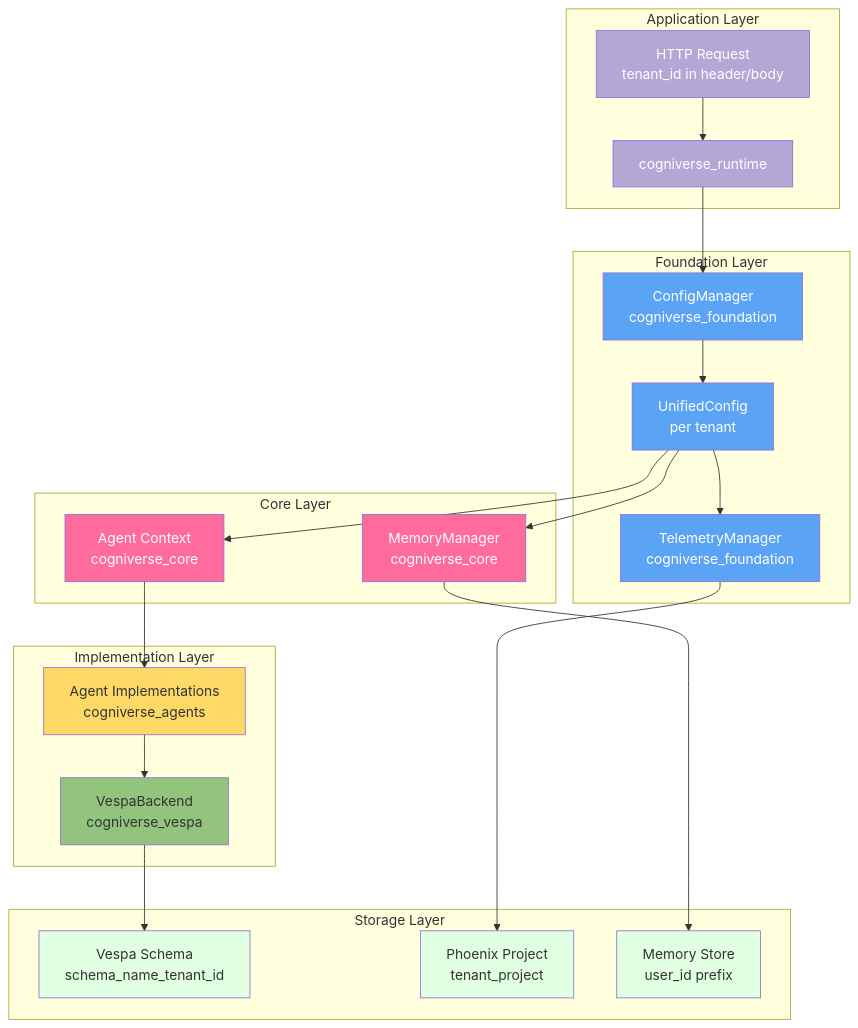
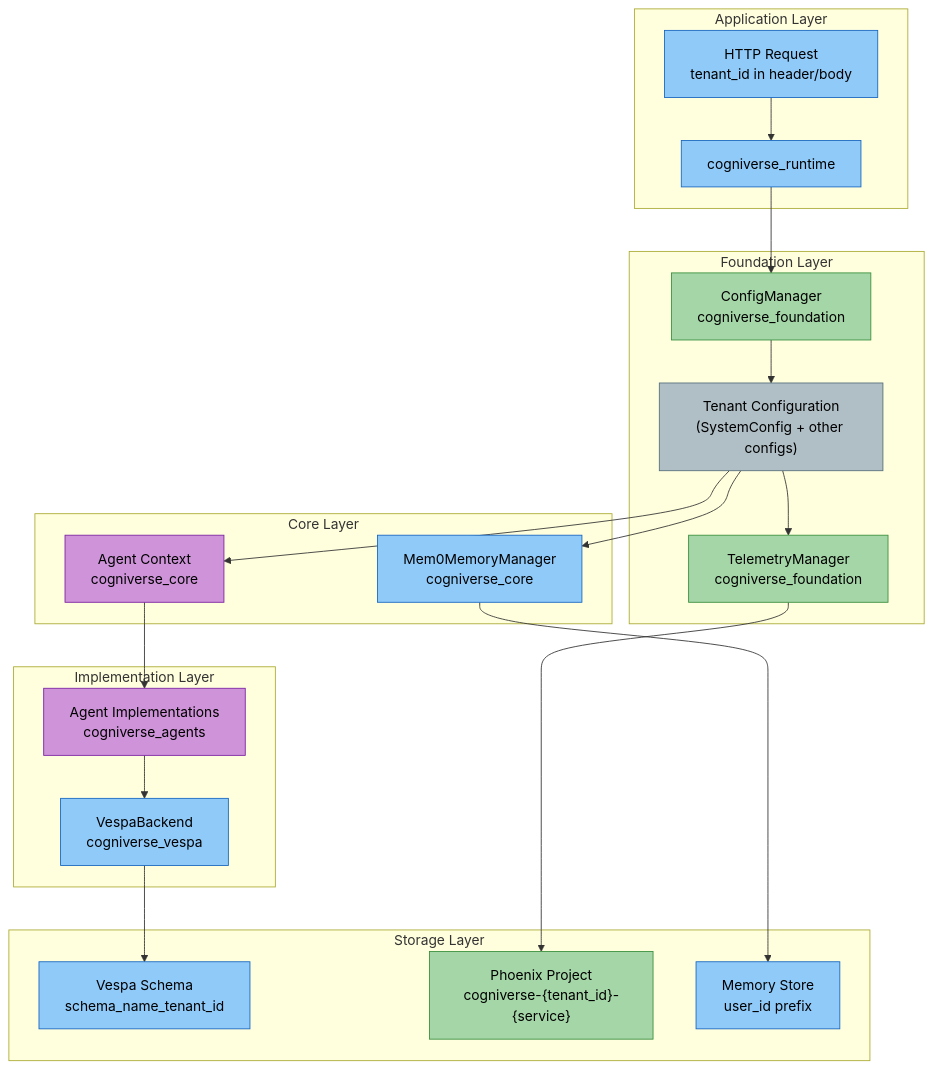
The second of 19 diagrams in docs/diagrams/multi-tenant-diagrams.md (amit-jain/cogniverse), drawn with Mermaid before and after one commit. The commit also changed other lines of this file and 83 other files, not shown here.

First line of the commit message:
Fix documentation veracity, formatting, and diagrams across all modules

````diff
--- a/docs/diagrams/multi-tenant-diagrams.md
+++ b/docs/diagrams/multi-tenant-diagrams.md
@@ -91,54 +99,54 @@
 ```mermaid
-graph TB
+flowchart TB
     subgraph "Application Layer"
-        Request[HTTP Request<br/>tenant_id in header/body]
-        Runtime[cogniverse_runtime]
+        Request["<span style='color:#000'>HTTP Request<br/>tenant_id in header/body</span>"]
+        Runtime["<span style='color:#000'>cogniverse_runtime</span>"]
     end
 
     subgraph "Foundation Layer"
-        ConfigMgr[ConfigManager<br/>cogniverse_foundation]
-        TenantConfig[UnifiedConfig<br/>per tenant]
-        TelemetryBase[TelemetryManager<br/>cogniverse_foundation]
+        ConfigMgr["<span style='color:#000'>ConfigManager<br/>cogniverse_foundation</span>"]
+        TenantConfig["<span style='color:#000'>Tenant Configuration<br/>(SystemConfig + other configs)</span>"]
+        TelemetryBase["<span style='color:#000'>TelemetryManager<br/>cogniverse_foundation</span>"]
     end
 
     subgraph "Core Layer"
-        Agent[Agent Context<br/>cogniverse_core]
-        Memory[MemoryManager<br/>cogniverse_core]
+        Agent["<span style='color:#000'>Agent Context<br/>cogniverse_core</span>"]
+        Memory["<span style='color:#000'>Mem0MemoryManager<br/>cogniverse_core</span>"]
     end
 
     subgraph "Implementation Layer"
-        VespaBackend[VespaBackend<br/>cogniverse_vespa]
-        AgentImpl[Agent Implementations<br/>cogniverse_agents]
+        VespaBackend["<span style='color:#000'>VespaBackend<br/>cogniverse_vespa</span>"]
+        AgentImpl["<span style='color:#000'>Agent Implementations<br/>cogniverse_agents</span>"]
     end
 
     subgraph "Storage Layer"
-        VespaSchema[Vespa Schema<br/>schema_name_tenant_id]
-        PhoenixProject[Phoenix Project<br/>tenant_project]
-        MemoryStore[Memory Store<br/>user_id prefix]
+        VespaSchema["<span style='color:#000'>Vespa Schema<br/>schema_name_tenant_id</span>"]
+        PhoenixProject["<span style='color:#000'>Phoenix Project<br/>cogniverse-{tenant_id}-{service}</span>"]
+        MemoryStore["<span style='color:#000'>Memory Store<br/>user_id prefix</span>"]
     end
 
     Request --> Runtime
     Runtime --> ConfigMgr
     ConfigMgr --> TenantConfig
     TenantConfig --> Agent
     TenantConfig --> TelemetryBase
     TenantConfig --> Memory
     Agent --> AgentImpl
     AgentImpl --> VespaBackend
     VespaBackend --> VespaSchema
     TelemetryBase --> PhoenixProject
     Memory --> MemoryStore
 
-    style Request fill:#B4A7D6,color:#fff
-    style Runtime fill:#B4A7D6,color:#fff
-    style ConfigMgr fill:#5BA3F5,color:#fff
-    style TenantConfig fill:#5BA3F5,color:#fff
-    style TelemetryBase fill:#5BA3F5,color:#fff
-    style Agent fill:#FF6B9D,color:#fff
-    style Memory fill:#FF6B9D,color:#fff
-    style VespaBackend fill:#93C47D
-    style AgentImpl fill:#FFD966
-    style VespaSchema fill:#e1ffe1
-    style PhoenixProject fill:#e1ffe1
-    style MemoryStore fill:#e1ffe1
+    style Request fill:#90caf9,stroke:#1565c0,color:#000
+    style Runtime fill:#90caf9,stroke:#1565c0,color:#000
+    style ConfigMgr fill:#a5d6a7,stroke:#388e3c,color:#000
+    style TenantConfig fill:#b0bec5,stroke:#546e7a,color:#000
+    style TelemetryBase fill:#a5d6a7,stroke:#388e3c,color:#000
+    style Agent fill:#ce93d8,stroke:#7b1fa2,color:#000
+    style Memory fill:#90caf9,stroke:#1565c0,color:#000
+    style VespaBackend fill:#90caf9,stroke:#1565c0,color:#000
+    style AgentImpl fill:#ce93d8,stroke:#7b1fa2,color:#000
+    style VespaSchema fill:#90caf9,stroke:#1565c0,color:#000
+    style PhoenixProject fill:#a5d6a7,stroke:#388e3c,color:#000
+    style MemoryStore fill:#90caf9,stroke:#1565c0,color:#000
 ```
````
